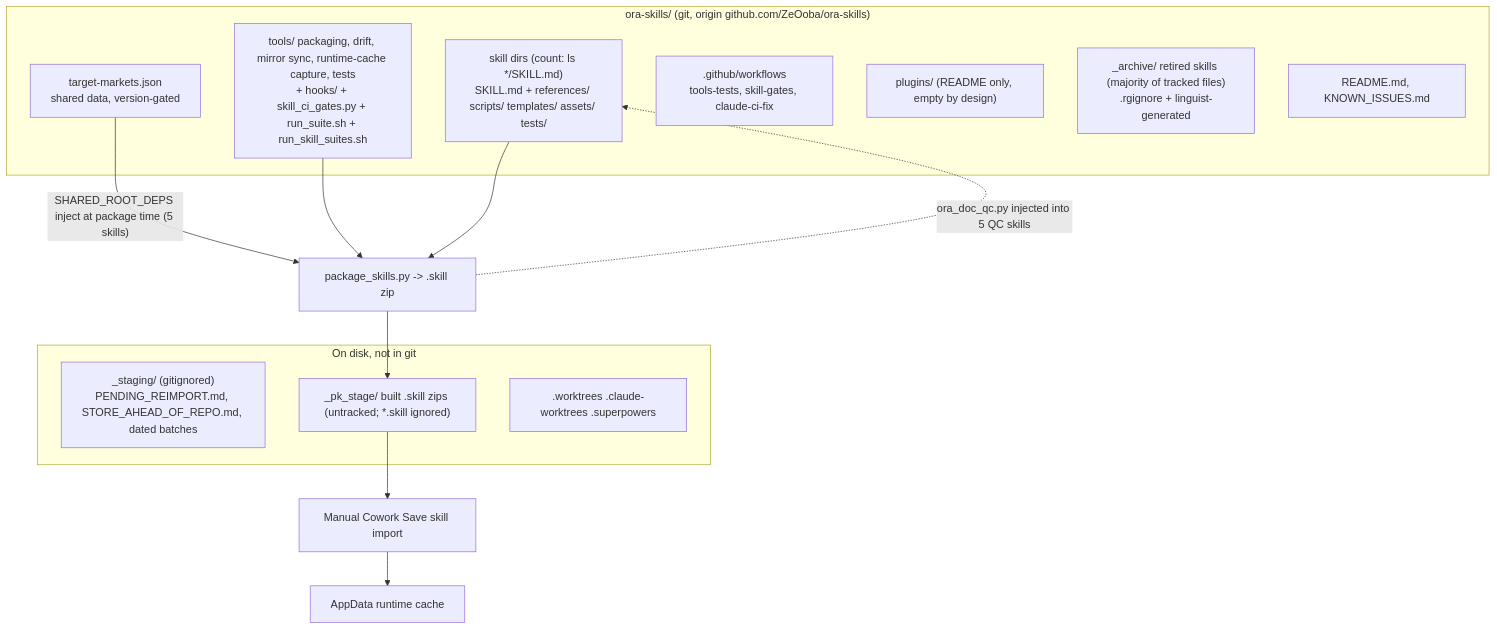
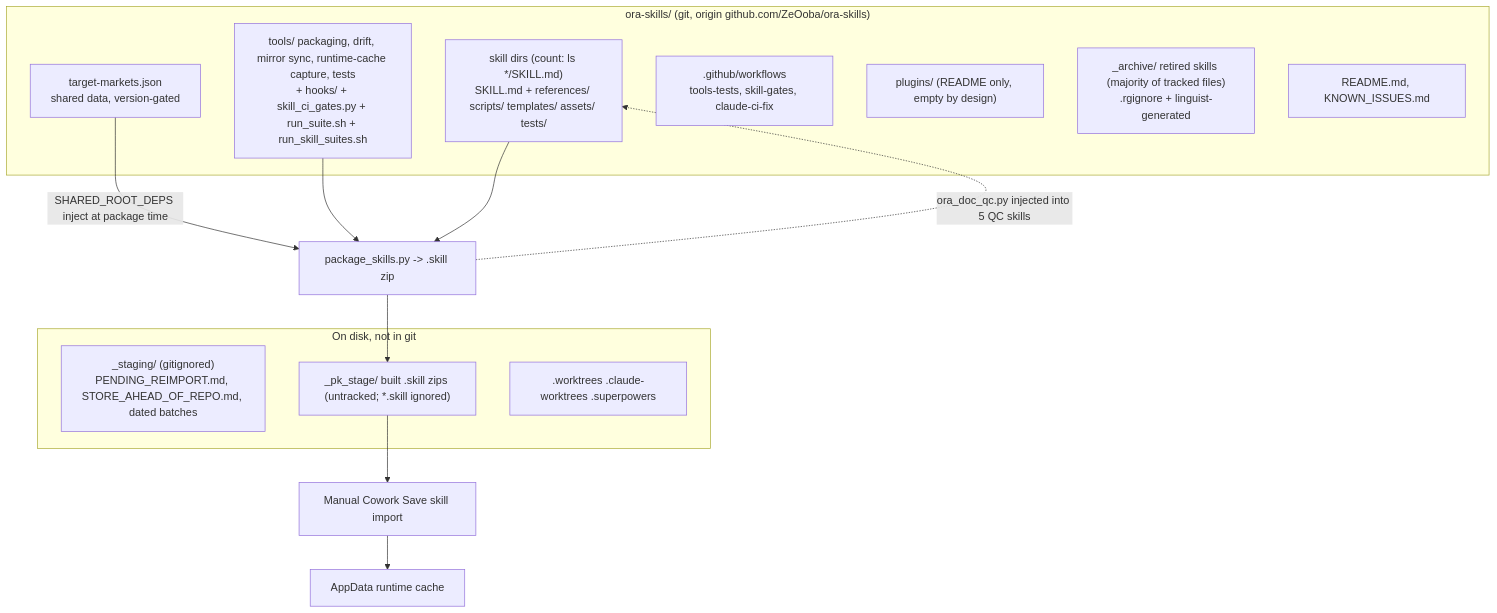
Before and after one commit to ZeOoba/ora-skills: the first of 4 diagrams in README.md, drawn with Mermaid. The commit also changed other lines of this file and 6 other files, not shown here.

````diff
--- a/README.md
+++ b/README.md
@@ -30,24 +30,24 @@
 ```mermaid
 flowchart TD
     subgraph Repo["ora-skills/ (git, origin github.com/ZeOoba/ora-skills)"]
         S["skill dirs (count: ls */SKILL.md)\nSKILL.md + references/ scripts/ templates/ assets/ tests/"]
         TM["target-markets.json\nshared data, version-gated"]
         T["tools/ packaging, drift, mirror sync, runtime-cache capture, tests\n+ hooks/ + skill_ci_gates.py + run_suite.sh + run_skill_suites.sh"]
         GH[".github/workflows\ntools-tests, skill-gates, claude-ci-fix"]
         P["plugins/ (README only, empty by design)"]
         A["_archive/ retired skills (majority of tracked files)\n.rgignore + linguist-generated"]
         K["README.md, KNOWN_ISSUES.md"]
     end
     subgraph Untracked["On disk, not in git"]
         ST["_staging/ (gitignored)\nPENDING_REIMPORT.md, STORE_AHEAD_OF_REPO.md, dated batches"]
         PK["_pk_stage/ built .skill zips (untracked; *.skill ignored)"]
         WT[".worktrees .claude-worktrees .superpowers"]
     end
-    TM -- "SHARED_ROOT_DEPS inject at package time (5 skills)" --> Pkg
+    TM -- "SHARED_ROOT_DEPS inject at package time" --> Pkg
     T --> Pkg["package_skills.py -> .skill zip"]
     S --> Pkg
     Pkg --> PK
     PK --> Import["Manual Cowork Save skill import"]
     Import --> Cache["AppData runtime cache"]
     Pkg -. "ora_doc_qc.py injected into 5 QC skills" .-> S
 ```
````
